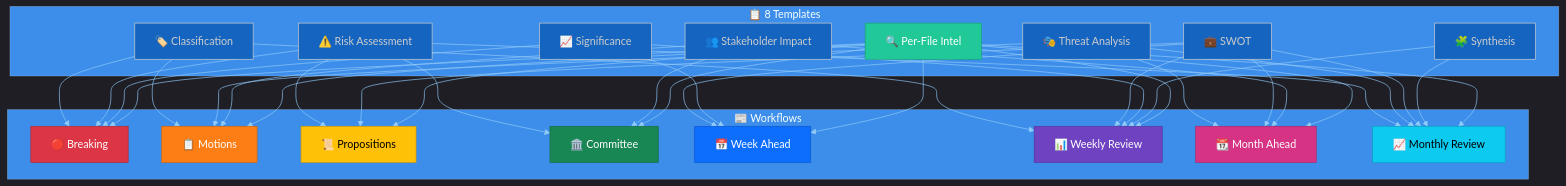
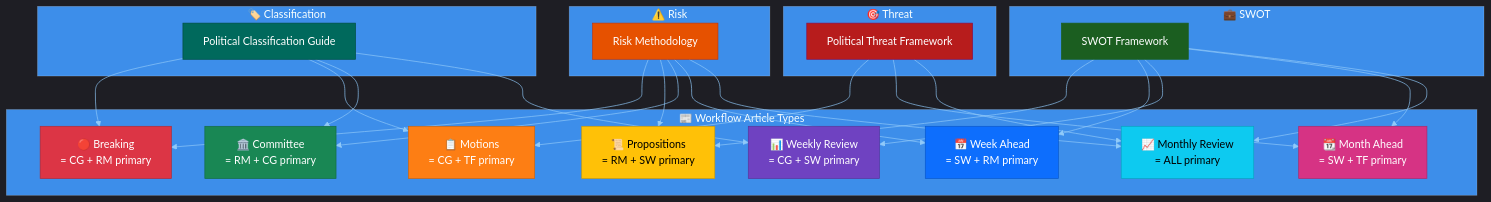
Before and after one commit to Hack23/euparliamentmonitor: diagram 12 of 12 in docs/api/media/README-9.md, drawn with Mermaid. The commit also changed other lines of this file and 1239 other files, not shown here.

````diff
--- a/docs/api/media/README-9.md
+++ b/docs/api/media/README-9.md
@@ -800,44 +906,45 @@
 ```mermaid
 %%{init: {"theme":"dark","themeVariables":{"primaryColor":"#1565C0","primaryTextColor":"#ffffff","primaryBorderColor":"#0A3F7F","lineColor":"#90CAF9","secondaryColor":"#2E7D32","secondaryTextColor":"#ffffff","secondaryBorderColor":"#0F3F00","tertiaryColor":"#FF9800","tertiaryTextColor":"#000000","tertiaryBorderColor":"#7F4F00","mainBkg":"#1565C0","secondBkg":"#2E7D32","tertiaryBkg":"#FF9800","noteBkgColor":"#FFC107","noteTextColor":"#000000","noteBorderColor":"#7F6000","errorBkgColor":"#D32F2F","errorTextColor":"#ffffff","fontFamily":"Inter, Helvetica, Arial, sans-serif","pie1":"#1565C0","pie2":"#2E7D32","pie3":"#FF9800","pie4":"#D32F2F","pie5":"#FFC107","pie6":"#7B1FA2","pie7":"#9E9E9E","pie8":"#0288D1","pie9":"#388E3C","pie10":"#F57C00","pie11":"#C62828","pie12":"#FBC02D","pieTitleTextSize":"18px","pieSectionTextSize":"14px","pieLegendTextSize":"13px","pieStrokeColor":"#1e1e1e","pieOuterStrokeColor":"#1e1e1e","git0":"#1565C0","git1":"#2E7D32","git2":"#FF9800","git3":"#D32F2F","gitBranchLabel0":"#ffffff","gitBranchLabel1":"#ffffff","gitBranchLabel2":"#000000","gitBranchLabel3":"#ffffff","cScale0":"#1565C0","cScale1":"#2E7D32","cScale2":"#FF9800","cScale3":"#D32F2F","cScale4":"#FFC107","cScale5":"#7B1FA2","cScale6":"#9E9E9E","cScale7":"#0288D1","xyChart":{"backgroundColor":"#1e1e1e","plotColorPalette":"#1565C0,#2E7D32,#FF9800,#D32F2F,#FFC107,#7B1FA2,#9E9E9E"}}}}%%
 flowchart TD
-    subgraph "📋 8 Templates"
-        T1["🏷️ Classification"]
-        T2["⚠️ Risk Assessment"]
-        T3["🎭 Threat Analysis"]
-        T4["💼 SWOT"]
-        T5["👥 Stakeholder Impact"]
-        T6["📈 Significance"]
-        T7["🧩 Synthesis"]
-        T8["🔍 Per-File Intel"]
+    subgraph "🏷️ Classification"
+        CG["Political Classification Guide"]
+    end
+    subgraph "⚠️ Risk"
+        RM["Risk Methodology"]
+    end
+    subgraph "🎯 Threat"
+        TF["Political Threat Framework"]
+    end
+    subgraph "💼 SWOT"
+        SW["SWOT Framework"]
     end
 
-    subgraph "📰 Workflows"
-        BK["🔴 Breaking"]
-        MO["📋 Motions"]
-        PR["📜 Propositions"]
-        CR["🏛️ Committee"]
-        WA["📅 Week Ahead"]
-        WR["📊 Weekly Review"]
-        MA["📆 Month Ahead"]
-        MR["📈 Monthly Review"]
+    subgraph "📰 Workflow Article Types"
+        BK["🔴 Breaking\n= CG + RM primary"]
+        MO["📋 Motions\n= CG + TF primary"]
+        PR["📜 Propositions\n= RM + SW primary"]
+        CR["🏛️ Committee\n= RM + CG primary"]
+        WA["📅 Week Ahead\n= SW + RM primary"]
+        WR["📊 Weekly Review\n= CG + SW primary"]
+        MA["📆 Month Ahead\n= SW + TF primary"]
+        MR["📈 Monthly Review\n= ALL primary"]
     end
 
-    T1 --> BK & MO & WR
-    T2 --> BK & CR & PR & MR
-    T3 --> MO & MA & MR
-    T4 --> PR & WA & WR & MA & MR
-    T5 --> CR & MO & MA
-    T6 --> BK & WA & WR
-    T7 --> WR & MR
-    T8 --> BK & MO & PR & CR & WA & WR & MA & MR
+    CG --> BK & MO & CR & WR
+    RM --> BK & PR & CR & WA & MR
+    TF --> MO & MA & MR
+    SW --> PR & WA & WR & MA & MR
 
+    style CG fill:#00695C,stroke:#004D40,color:#fff
+    style RM fill:#E65100,stroke:#BF360C,color:#fff
+    style TF fill:#B71C1C,stroke:#880E4F,color:#fff
+    style SW fill:#1B5E20,stroke:#1B5E20,color:#fff
     style BK fill:#dc3545,stroke:#b02a37,color:#fff
     style MO fill:#fd7e14,stroke:#ca6510,color:#fff
     style PR fill:#ffc107,stroke:#cc9a06,color:#000
     style CR fill:#198754,stroke:#146c43,color:#fff
     style WA fill:#0d6efd,stroke:#0a58ca,color:#fff
     style WR fill:#6f42c1,stroke:#59359a,color:#fff
     style MA fill:#d63384,stroke:#ab296a,color:#fff
     style MR fill:#0dcaf0,stroke:#0aa2c0,color:#000
-    style T8 fill:#20c997,stroke:#1aa179,color:#fff
 ```
````
